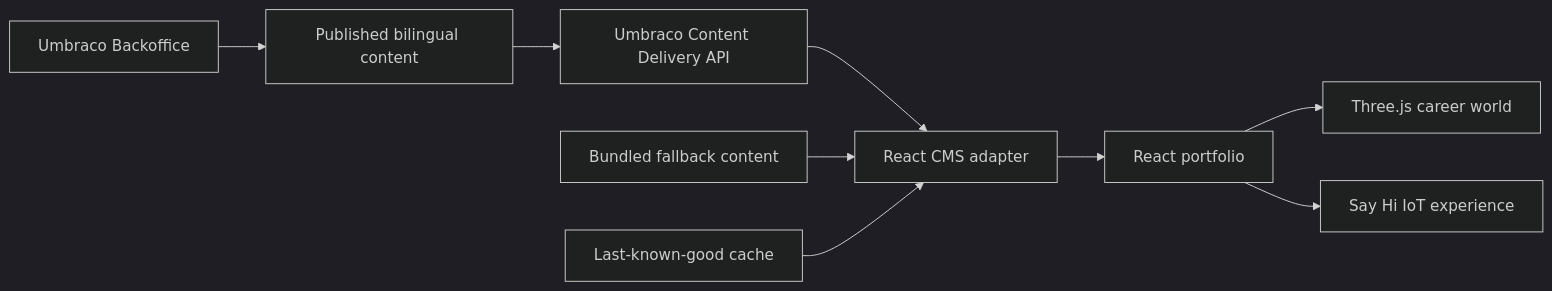
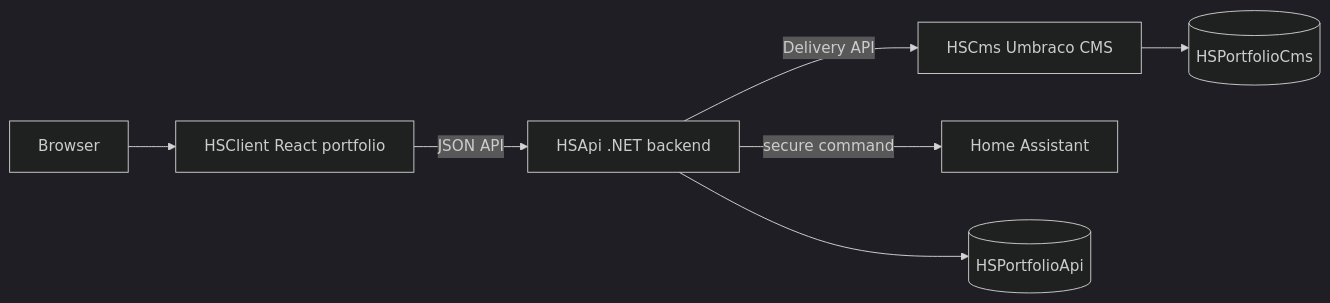
Before and after one commit to HugoSpangberg/hugospangberg-portfolio: the diagram in README.md, drawn with Mermaid (dark theme). The commit also changed other lines of this file and 24 other files, not shown here.

Commit message:
docs: document multi-application architecture

````diff
--- a/README.md
+++ b/README.md
@@ -5,11 +7,9 @@
 ```mermaid
 flowchart LR
-  A[Umbraco Backoffice] --> B[Published bilingual content]
-  B --> C[Umbraco Content Delivery API]
-  C --> D[React CMS adapter]
-  E[Bundled fallback content] --> D
-  F[Last-known-good cache] --> D
-  D --> G[React portfolio]
-  G --> H[Three.js career world]
-  G --> I[Say Hi IoT experience]
+  Browser --> HSClient[HSClient React portfolio]
+  HSClient -->|JSON API| HSApi[HSApi .NET backend]
+  HSApi -->|Delivery API| HSCms[HSCms Umbraco CMS]
+  HSApi -->|secure command| HomeAssistant[Home Assistant]
+  HSApi --> ApiDb[(HSPortfolioApi)]
+  HSCms --> CmsDb[(HSPortfolioCms)]
 ```
````
